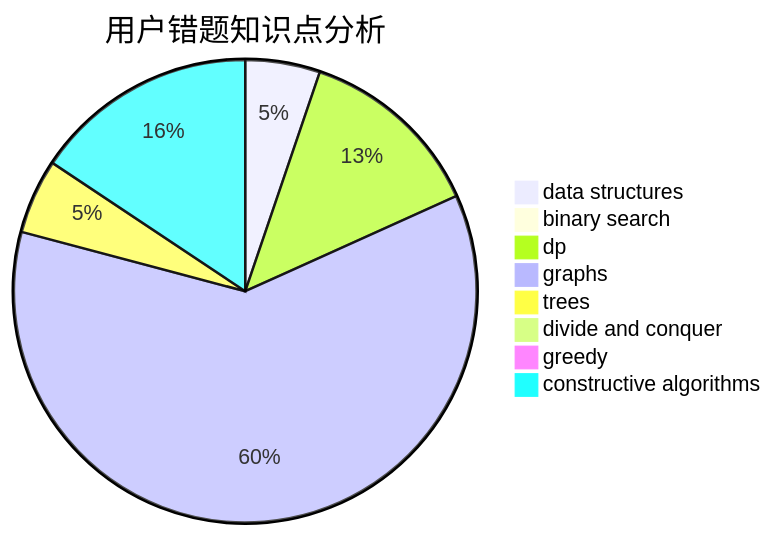
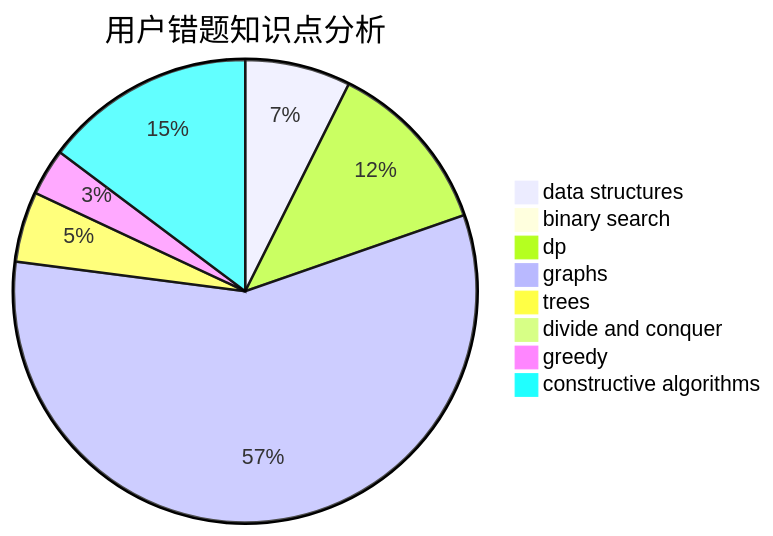
Before and after one commit to sherpahu/cfrs.github.io: the third of 3 diagrams in docs/user/u2001.md, drawn with Mermaid. The commit also changed other lines of this file and 2770 other files, not shown here.

````diff
--- a/docs/user/u2001.md
+++ b/docs/user/u2001.md
@@ -36,11 +36,11 @@
 ```mermaid
 pie title 用户错题知识点分析
-    "data structures" :  6
+    "data structures" :  9
     "binary search" :  0
     "dp" :  15
     "graphs" :  70
     "trees" :  6
     "divide and conquer" :  0
-    "greedy" :  1
+    "greedy" :  4
     "constructive algorithms" :  18
 ```
````
